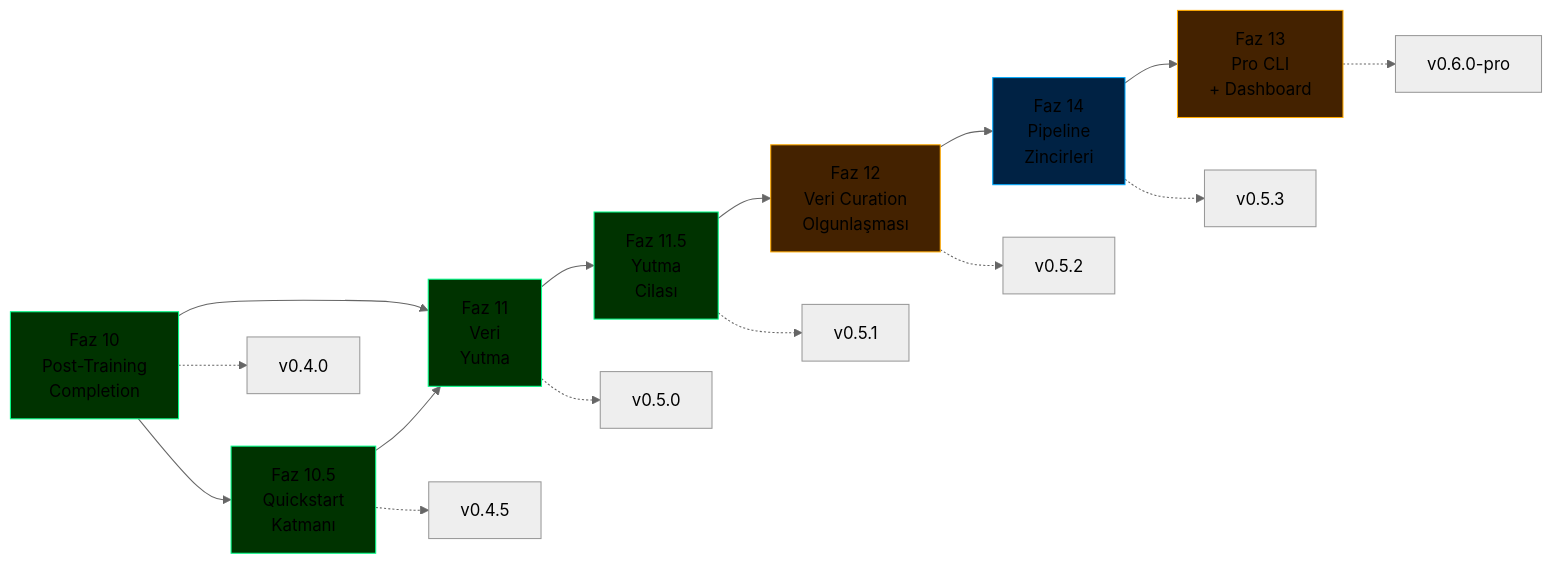
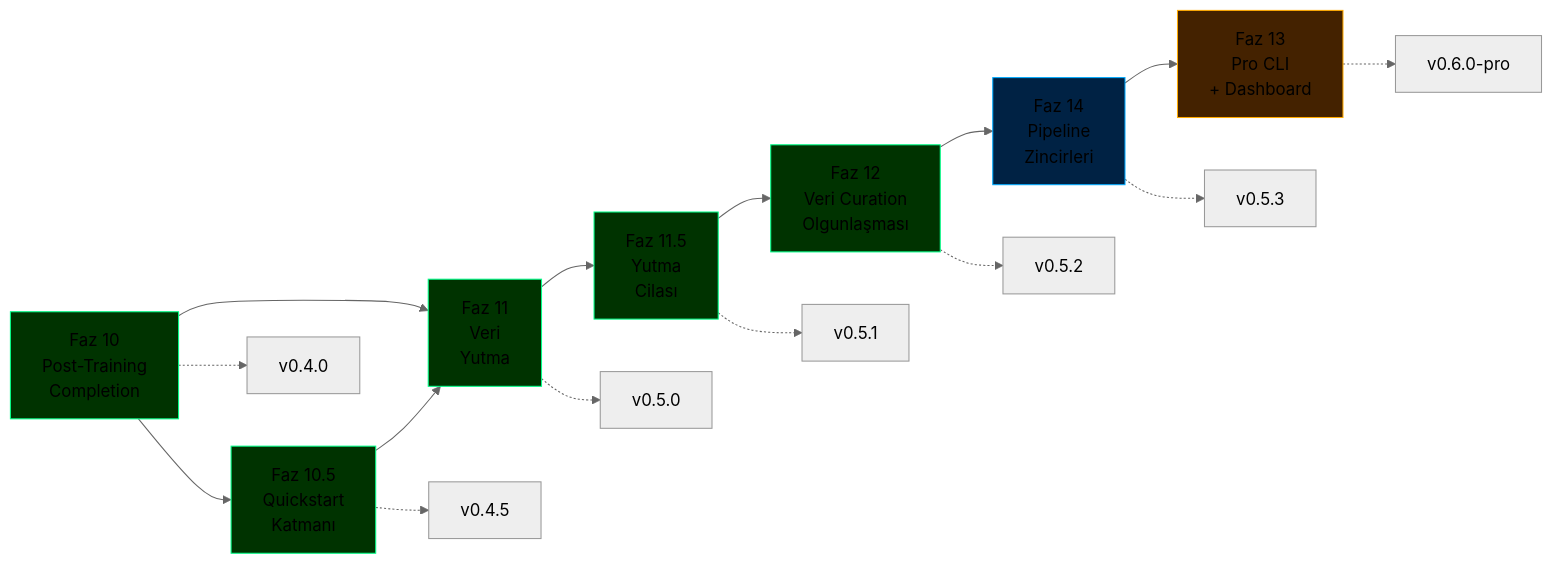
The diagram in docs/roadmap-tr.md (cemililik/ForgeLM), drawn with Mermaid (neutral theme) before and after one commit. The commit also changed other lines of this file and 21 other files, not shown here.

````diff
--- a/docs/roadmap-tr.md
+++ b/docs/roadmap-tr.md
@@ -32,26 +32,26 @@
 ```mermaid
 graph LR
     P10[Faz 10<br/>Post-Training<br/>Completion] --> P105[Faz 10.5<br/>Quickstart<br/>Katmanı]
     P10 --> P11[Faz 11<br/>Veri<br/>Yutma]
     P105 --> P11
     P11 --> P115[Faz 11.5<br/>Yutma<br/>Cilası]
     P115 --> P12[Faz 12<br/>Veri Curation<br/>Olgunlaşması]
     P12 --> P14[Faz 14<br/>Pipeline<br/>Zincirleri]
     P14 --> P13[Faz 13<br/>Pro CLI<br/>+ Dashboard]
 
     P10 -.-> V1[v0.4.0]
     P105 -.-> V15[v0.4.5]
     P11 -.-> V2[v0.5.0]
     P115 -.-> V21[v0.5.1]
     P12 -.-> V22[v0.5.2]
     P14 -.-> V23[v0.5.3]
     P13 -.-> V3[v0.6.0-pro]
 
     style P10 fill:#003300,stroke:#00ff88
     style P105 fill:#003300,stroke:#00ff88
     style P11 fill:#003300,stroke:#00ff88
     style P115 fill:#003300,stroke:#00ff88
-    style P12 fill:#442200,stroke:#ffaa00
+    style P12 fill:#003300,stroke:#00ff88
     style P14 fill:#002244,stroke:#00aaff
     style P13 fill:#442200,stroke:#ffaa00
 ```
````
